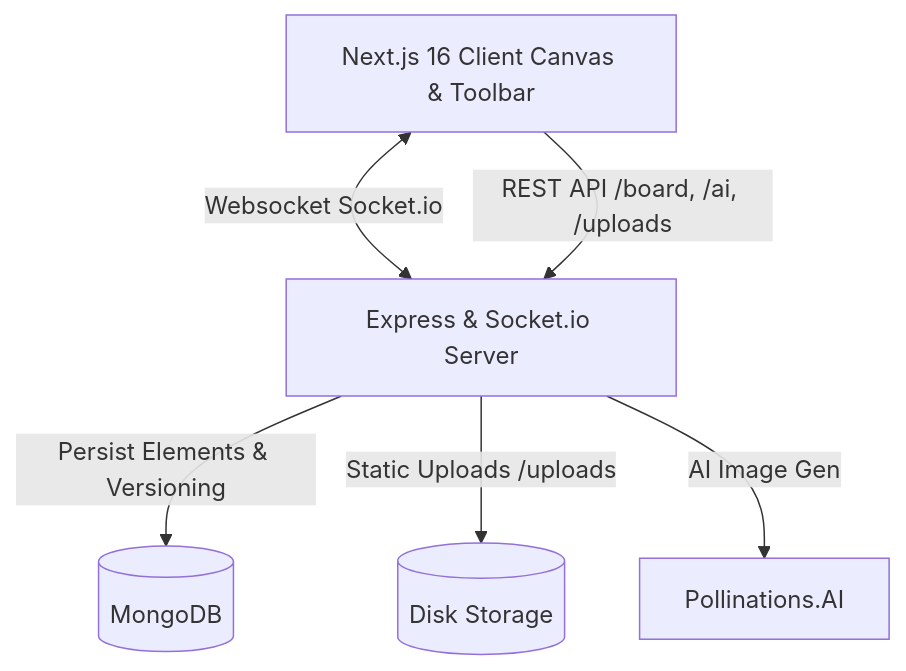
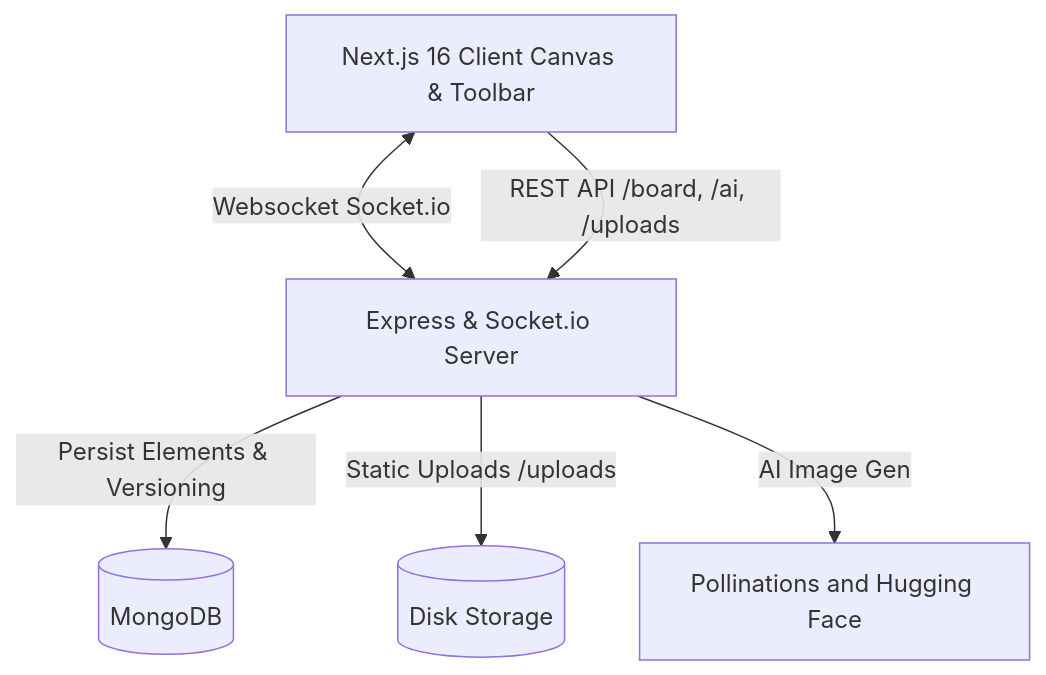
One commit to ABHIGYA0205/whiteboard changed the diagram in README.md. Above: the diagram before and after it, drawn with Mermaid. The commit also changed other lines of this file and 25 other files, not shown here.

````diff
--- a/README.md
+++ b/README.md
@@ -9,8 +9,8 @@
 ```mermaid
 graph TD
     Client[Next.js 16 Client Canvas & Toolbar] <-->|Websocket Socket.io| Server[Express & Socket.io Server]
     Client -->|REST API /board, /ai, /uploads| Server
     Server -->|Persist Elements & Versioning| Mongo[(MongoDB)]
     Server -->|Static Uploads /uploads| FS[(Disk Storage)]
-    Server -->|AI Image Gen| AI[Pollinations.AI]
+    Server -->|AI Image Gen| AI[Pollinations and Hugging Face]
 ```
````
